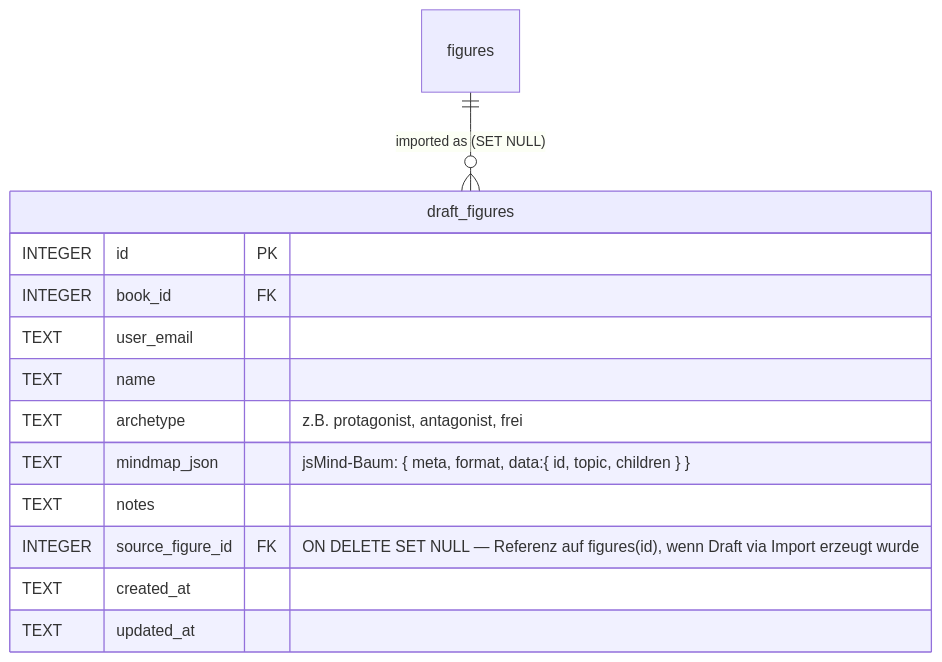
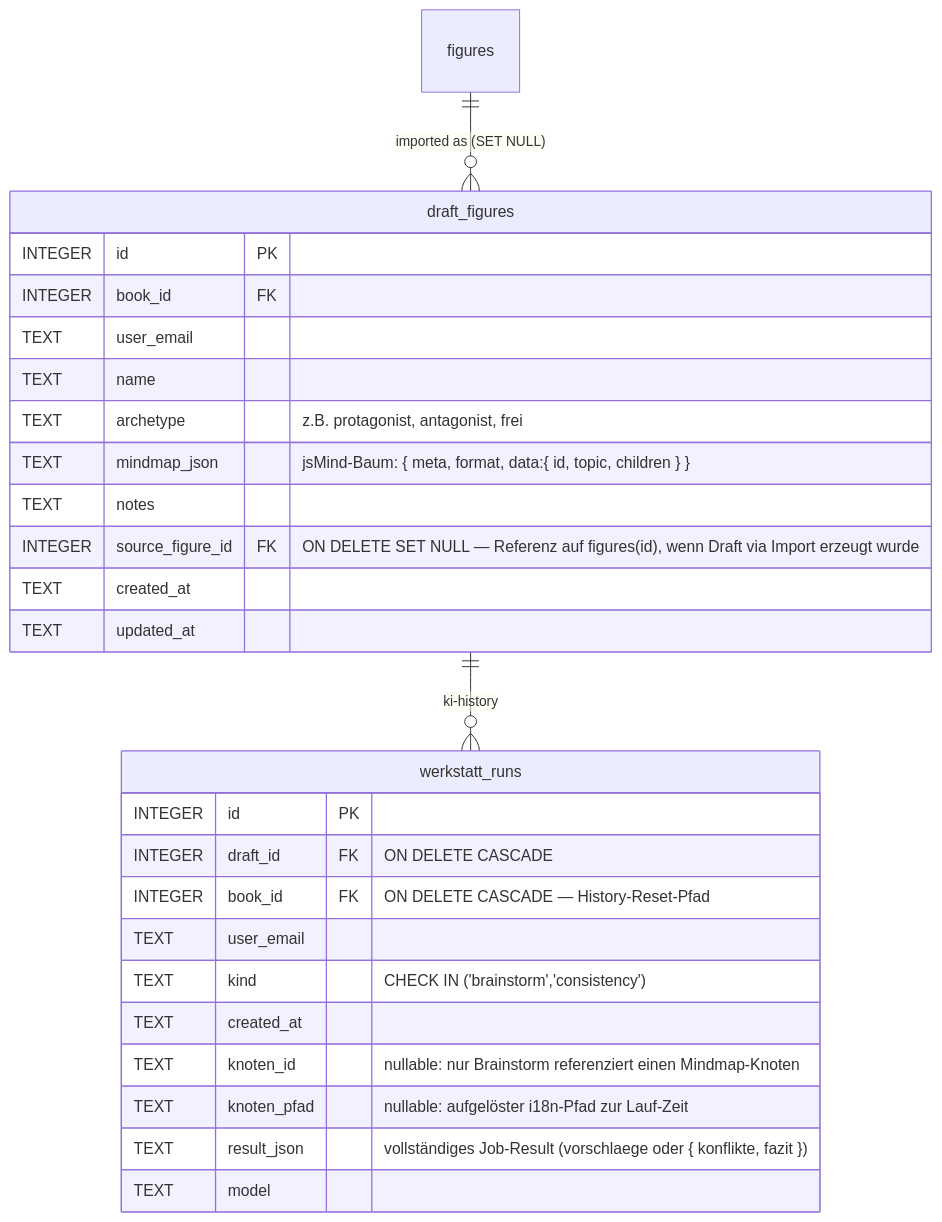
The fourth of 6 diagrams in docs/erd.md (bedeberger/schreibwerkstatt), drawn with Mermaid before and after one commit. The commit also changed other lines of this file and 24 other files, not shown here.

Commit message:
mindmapping besser gemacht

````diff
--- a/docs/erd.md
+++ b/docs/erd.md
@@ -331,16 +334,29 @@
 ```mermaid
 erDiagram
   draft_figures {
     INTEGER id               PK
     INTEGER book_id          FK
     TEXT    user_email
     TEXT    name
     TEXT    archetype        "z.B. protagonist, antagonist, frei"
     TEXT    mindmap_json     "jsMind-Baum: { meta, format, data:{ id, topic, children } }"
     TEXT    notes
     INTEGER source_figure_id FK "ON DELETE SET NULL — Referenz auf figures(id), wenn Draft via Import erzeugt wurde"
     TEXT    created_at
     TEXT    updated_at
   }
+  werkstatt_runs {
+    INTEGER id          PK
+    INTEGER draft_id    FK "ON DELETE CASCADE"
+    INTEGER book_id     FK "ON DELETE CASCADE — History-Reset-Pfad"
+    TEXT    user_email
+    TEXT    kind        "CHECK IN ('brainstorm','consistency')"
+    TEXT    created_at
+    TEXT    knoten_id   "nullable: nur Brainstorm referenziert einen Mindmap-Knoten"
+    TEXT    knoten_pfad "nullable: aufgelöster i18n-Pfad zur Lauf-Zeit"
+    TEXT    result_json "vollständiges Job-Result (vorschlaege oder { konflikte, fazit })"
+    TEXT    model
+  }
   figures ||--o{ draft_figures : "imported as (SET NULL)"
+  draft_figures ||--o{ werkstatt_runs : "ki-history"
 ```
````
